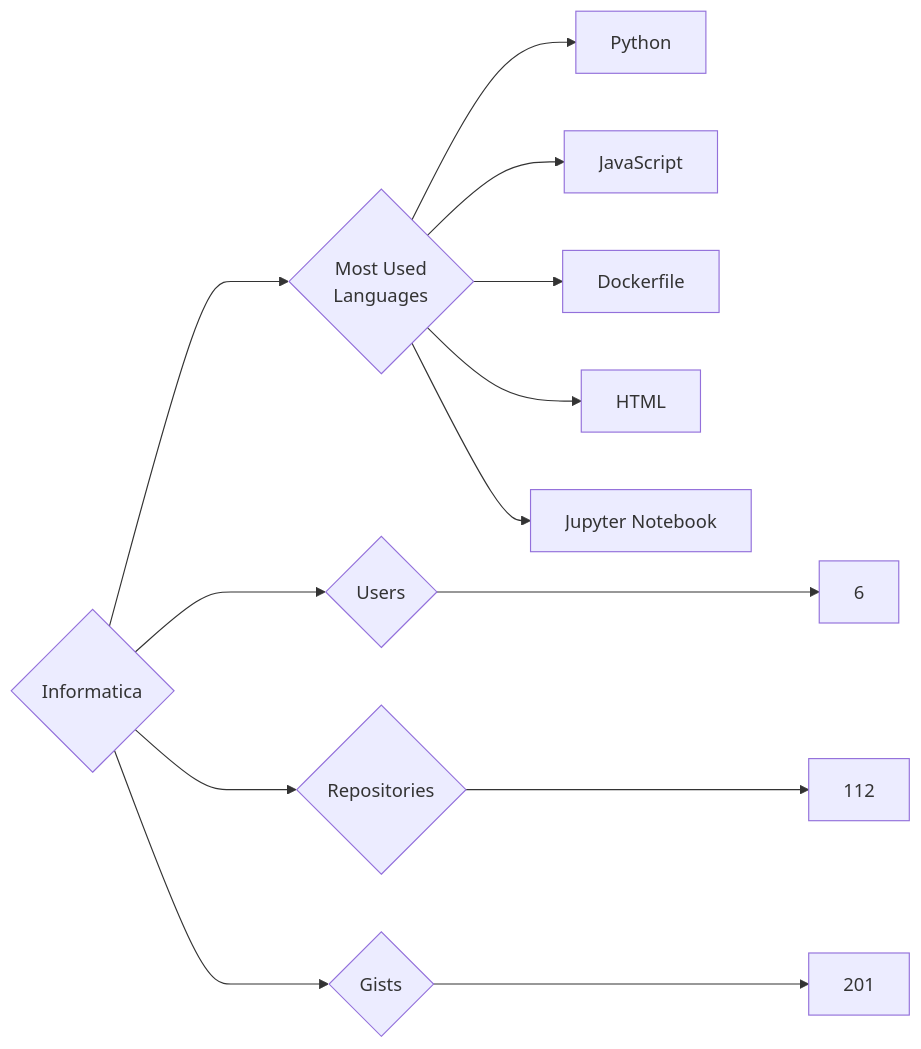
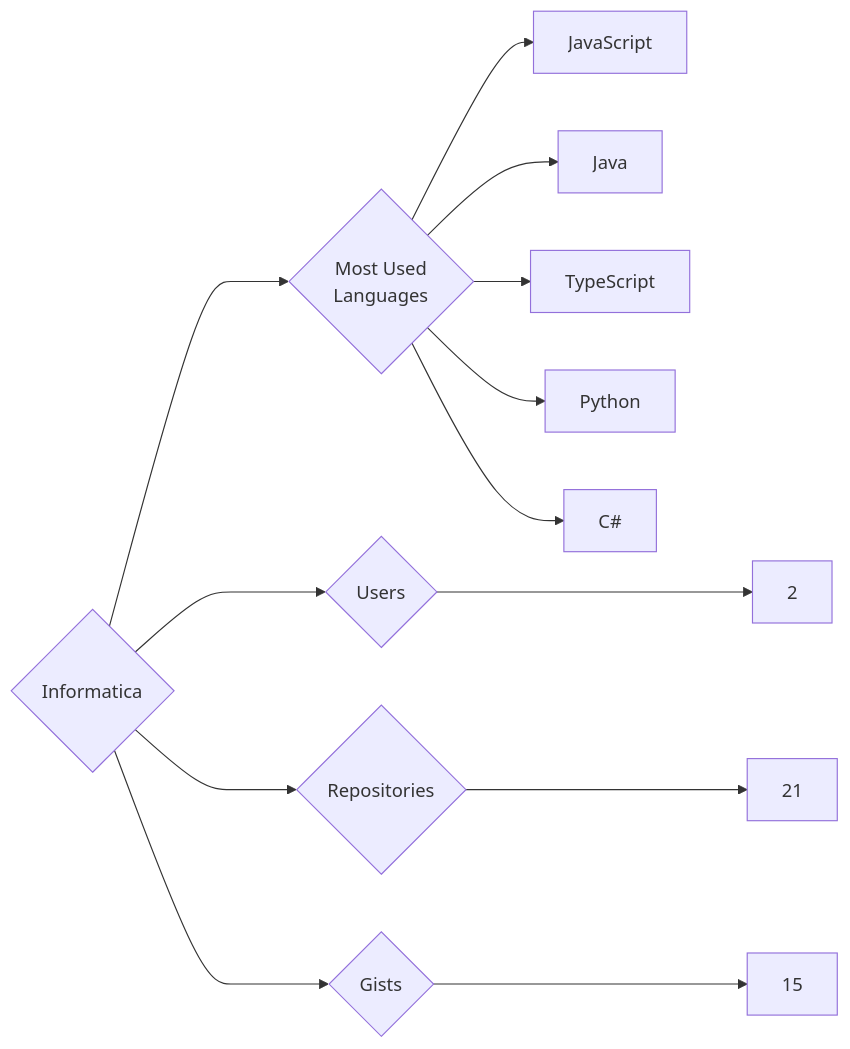
One commit to trickest/insiders changed the diagram in targets/Informatica/README.md. Above: the diagram before and after it, drawn with Mermaid. The commit also changed 640 other files, not shown here.

````diff
--- a/targets/Informatica/README.md
+++ b/targets/Informatica/README.md
@@ -3,13 +3,13 @@
 ```mermaid
 graph LR
 COMPANY_NAME{Informatica}
-COMPANY_NAME ---> U{Users} ---> UN[6]
-COMPANY_NAME ---> R{Repositories} ---> RN[112]
-COMPANY_NAME ---> G{Gists} ---> GN[201]
+COMPANY_NAME ---> U{Users} ---> UN[2]
+COMPANY_NAME ---> R{Repositories} ---> RN[21]
+COMPANY_NAME ---> G{Gists} ---> GN[15]
 COMPANY_NAME ---> ML{Most Used<br>Languages}
+ML --> JavaScript[JavaScript]
+ML --> Java[Java]
+ML --> TypeScript[TypeScript]
 ML --> Python[Python]
-ML --> JavaScript[JavaScript]
-ML --> Dockerfile[Dockerfile]
-ML --> HTML[HTML]
-ML --> Jupyter_Notebook[Jupyter Notebook]
+ML --> C#[C#]
 ```
````
